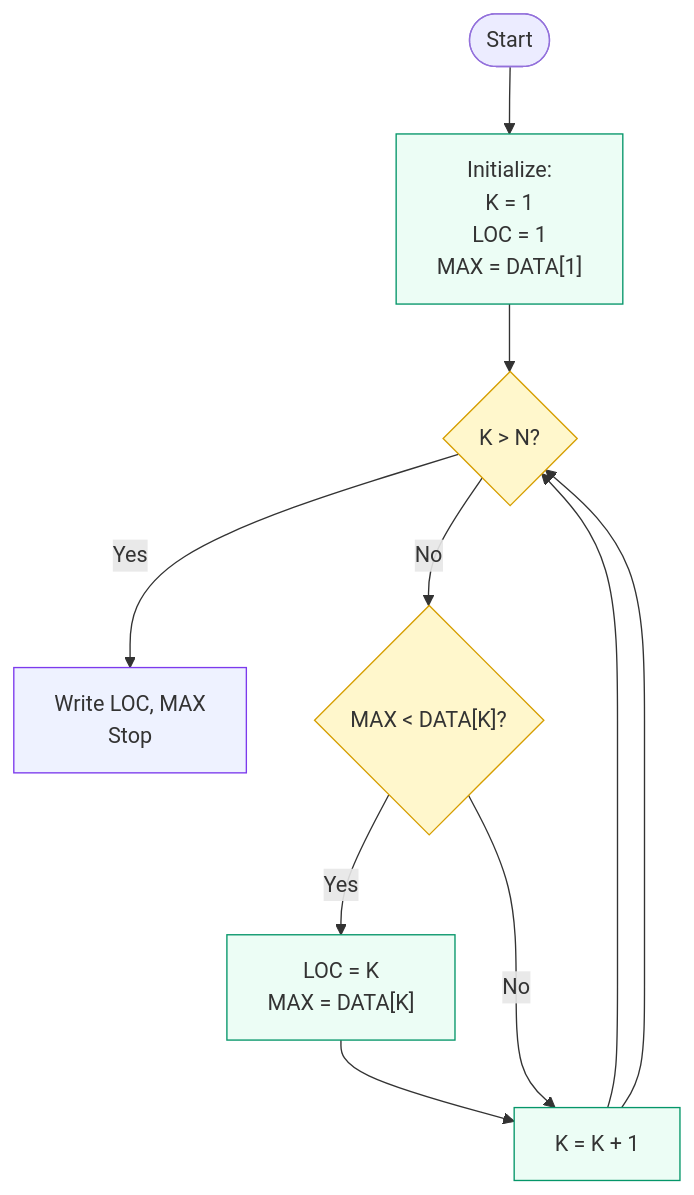
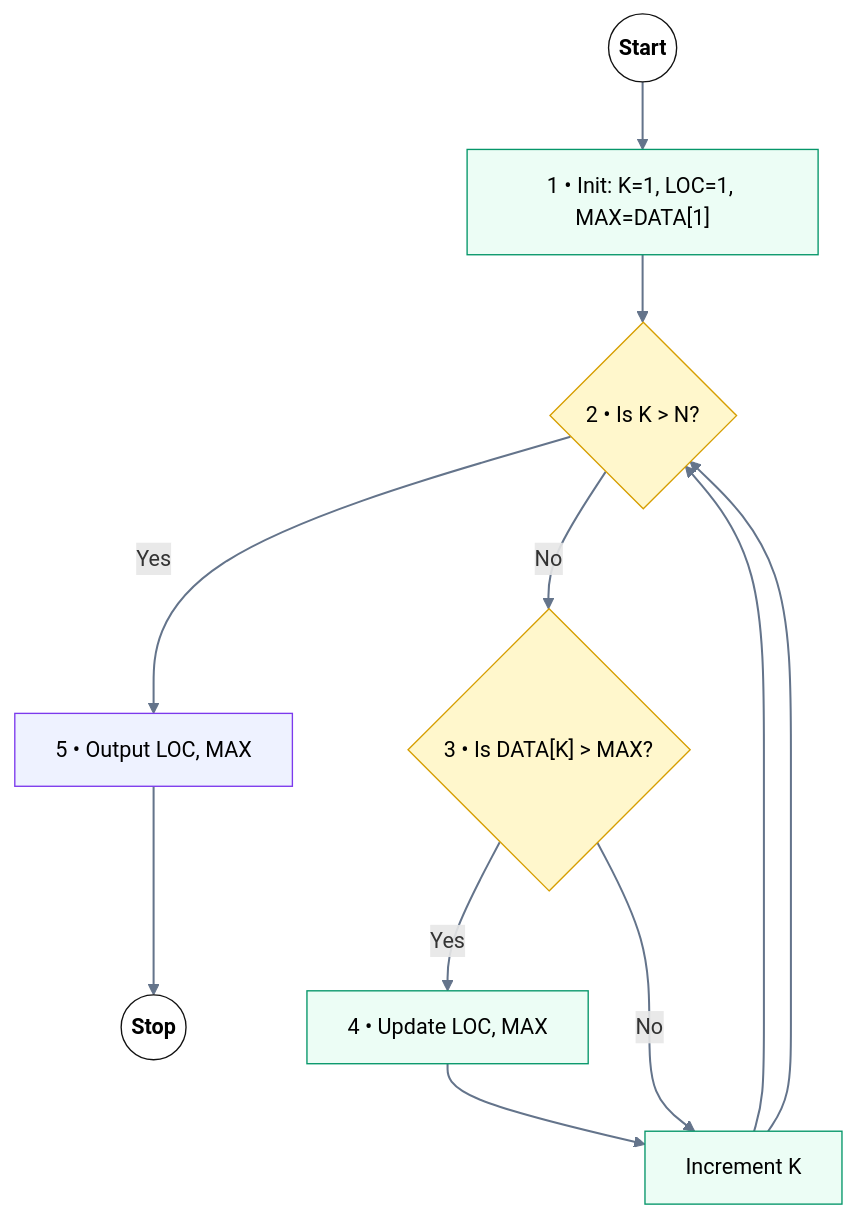
The second of 7 diagrams in Chapter 2 - Preliminaries/README.md (M-F-Tushar/CSE-2101-Data-Structure), drawn with Mermaid before and after one commit. The commit also changed other lines of this file, not shown here.

````diff
--- a/Chapter 2 - Preliminaries/README.md
+++ b/Chapter 2 - Preliminaries/README.md
@@ -391,16 +389,18 @@
 ```mermaid
 flowchart TD
-    %% Clear, step-labeled flowchart for finding largest element
-    classDef decision fill:#fff7cc,stroke:#d69e00
-    classDef action fill:#ecfdf5,stroke:#059669
-    classDef io fill:#eef2ff,stroke:#7c3aed
+    %% Flowchart for Algorithm 2.1 (Largest Element)
+    classDef terminal fill:#ffffff,stroke:#111,color:#000,font-weight:600;
+    classDef process fill:#ecfdf5,stroke:#059669,color:#000;
+    classDef decision fill:#fff7cc,stroke:#d69e00,color:#000;
+    classDef io fill:#eef2ff,stroke:#7c3aed,color:#000;
 
-    Start(["Start"]) --> Init["Initialize:\nK = 1\nLOC = 1\nMAX = DATA[1]"]:::action
-    Init --> Check{"K > N?"}:::decision
-    Check -- Yes --> Output["Write LOC, MAX\nStop"]:::io
-    Check -- No --> Compare{"MAX < DATA[K]?"}:::decision
-    Compare -- Yes --> Update["LOC = K\nMAX = DATA[K]"]:::action --> Inc["K = K + 1"]:::action --> Check
-    Compare -- No --> Inc
-    %% safety: show loopback explicitly
-    Inc --> Check
+    Start((Start)):::terminal --> Init["1 • Init: K=1, LOC=1, MAX=DATA[1]"]:::process
+    Init --> Guard{"2 • Is K > N?"}:::decision
+    Guard -- Yes --> Output["5 • Output LOC, MAX"]:::io --> End((Stop)):::terminal
+    Guard -- No --> Compare{"3 • Is DATA[K] > MAX?"}:::decision
+    Compare -- Yes --> Update["4 • Update LOC, MAX"]:::process --> Increment["Increment K"]:::process --> Guard
+    Compare -- No --> Increment
+    Increment --> Guard
+
+    linkStyle default stroke:#64748b,stroke-width:1.5px
 ```
````
